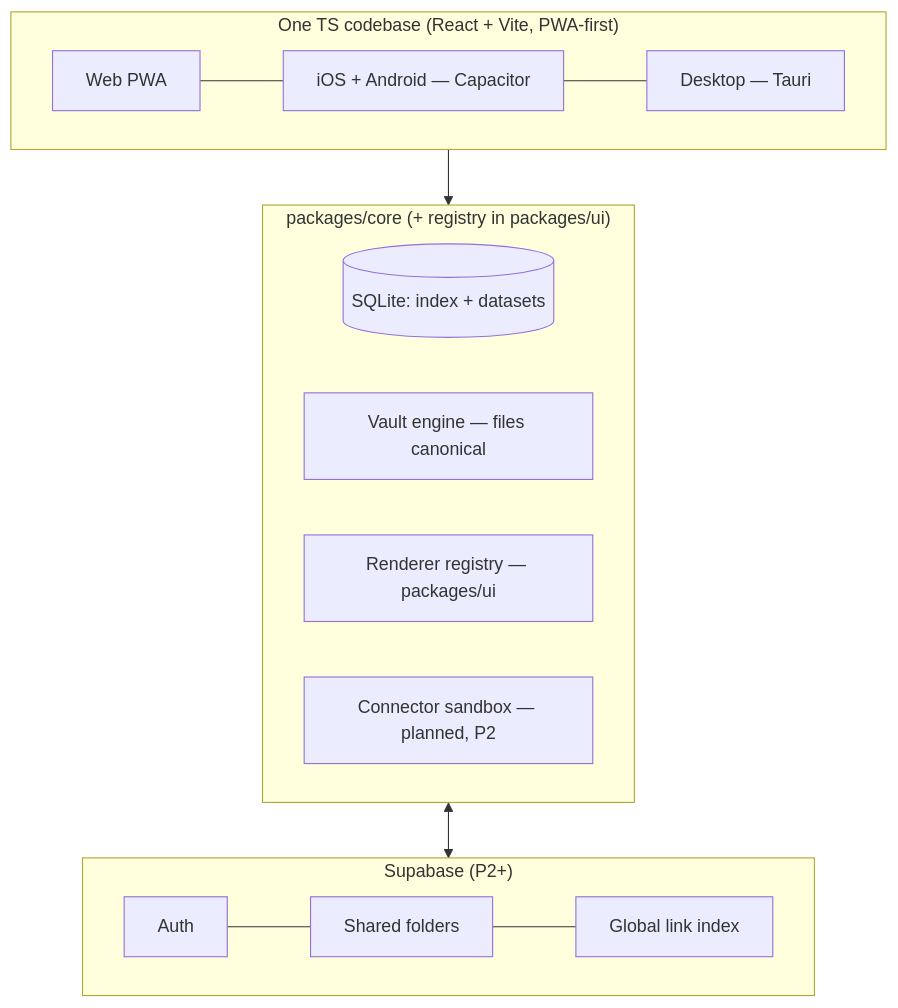
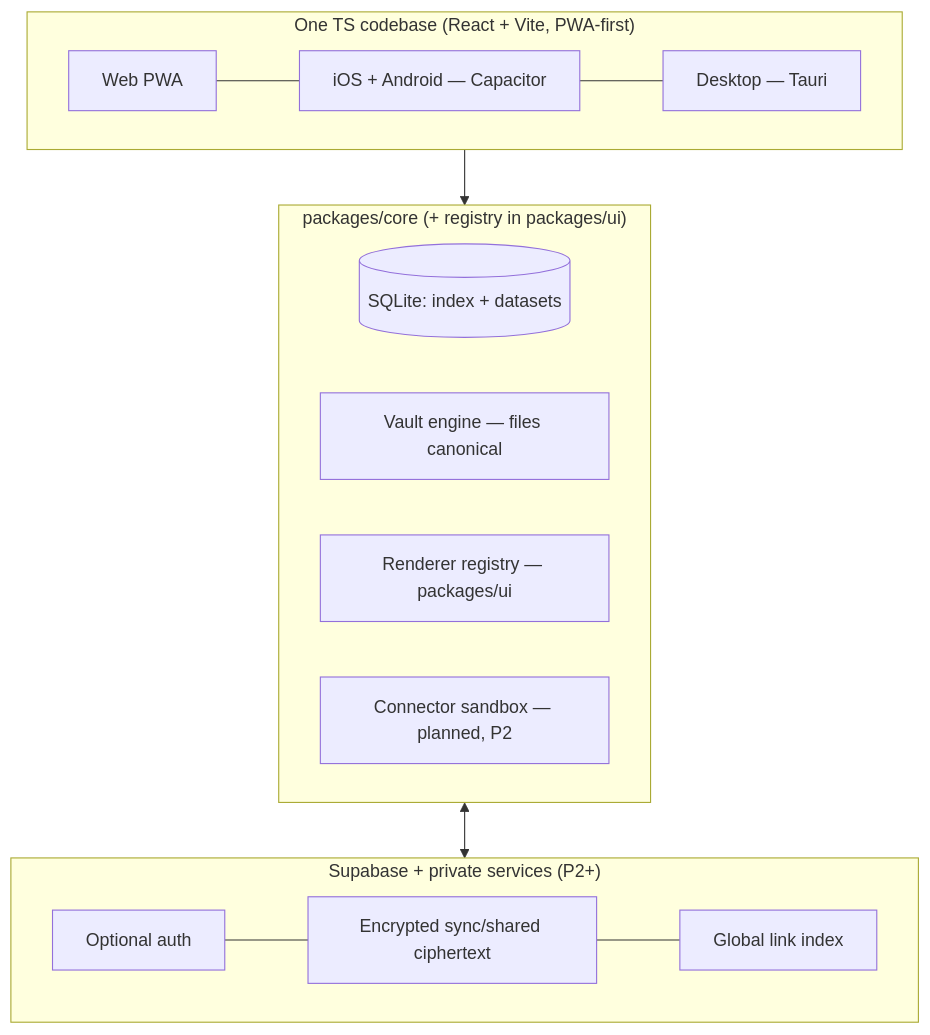
Before and after one commit to waffle-page/waffle: the diagram in docs/02-architecture.md, drawn with Mermaid. The commit also changed other lines of this file and 7 other files, not shown here.

First line of the commit message:
Document experience and encrypted sync direction

````diff
--- a/docs/02-architecture.md
+++ b/docs/02-architecture.md
@@ -5,17 +5,17 @@
 ```mermaid
 graph TB
     subgraph Clients["One TS codebase (React + Vite, PWA-first)"]
         W[Web PWA] --- M[iOS + Android — Capacitor] --- D[Desktop — Tauri]
     end
     subgraph Core["packages/core (+ registry in packages/ui)"]
         SQL[(SQLite: index + datasets)]
         VE[Vault engine — files canonical]
         RR[Renderer registry — packages/ui]
         CX[Connector sandbox — planned, P2]
     end
     Clients --> Core
-    subgraph Server["Supabase (P2+)"]
-        AUTH[Auth] --- SHARE[Shared folders] --- IDX[Global link index]
+    subgraph Server["Supabase + private services (P2+)"]
+        AUTH[Optional auth] --- SHARE[Encrypted sync/shared ciphertext] --- IDX[Global link index]
     end
     Core <--> Server
 ```
````
